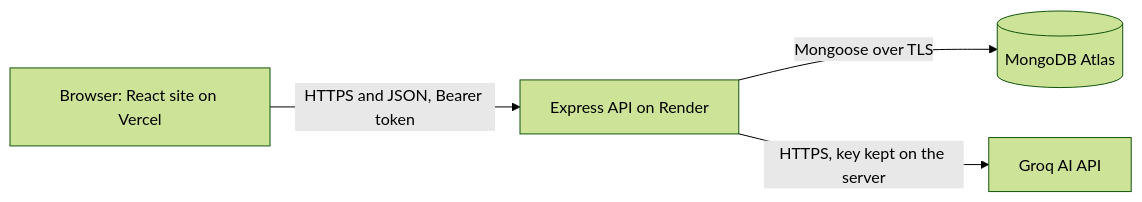
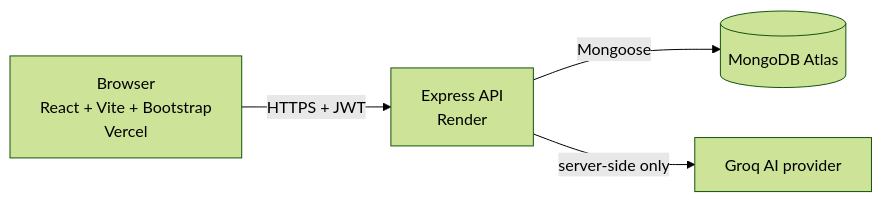
The diagram in README.md (jacobnyabuto/hospital-booking-system), drawn with Mermaid (forest theme) before and after one commit. The commit also changed other lines of this file, not shown here.

````diff
--- a/README.md
+++ b/README.md
@@ -69,6 +68,6 @@
 ```mermaid
 flowchart LR
-    B["Browser: React site on Vercel"] -->|"HTTPS and JSON, Bearer token"| A["Express API on Render"]
-    A -->|"Mongoose over TLS"| D[("MongoDB Atlas")]
-    A -->|"HTTPS, key kept on the server"| G["Groq AI API"]
+  U[Browser<br/>React + Vite + Bootstrap<br/>Vercel] -->|HTTPS + JWT| A[Express API<br/>Render]
+  A -->|Mongoose| D[(MongoDB Atlas)]
+  A -->|server-side only| G[Groq AI provider]
 ```
````
